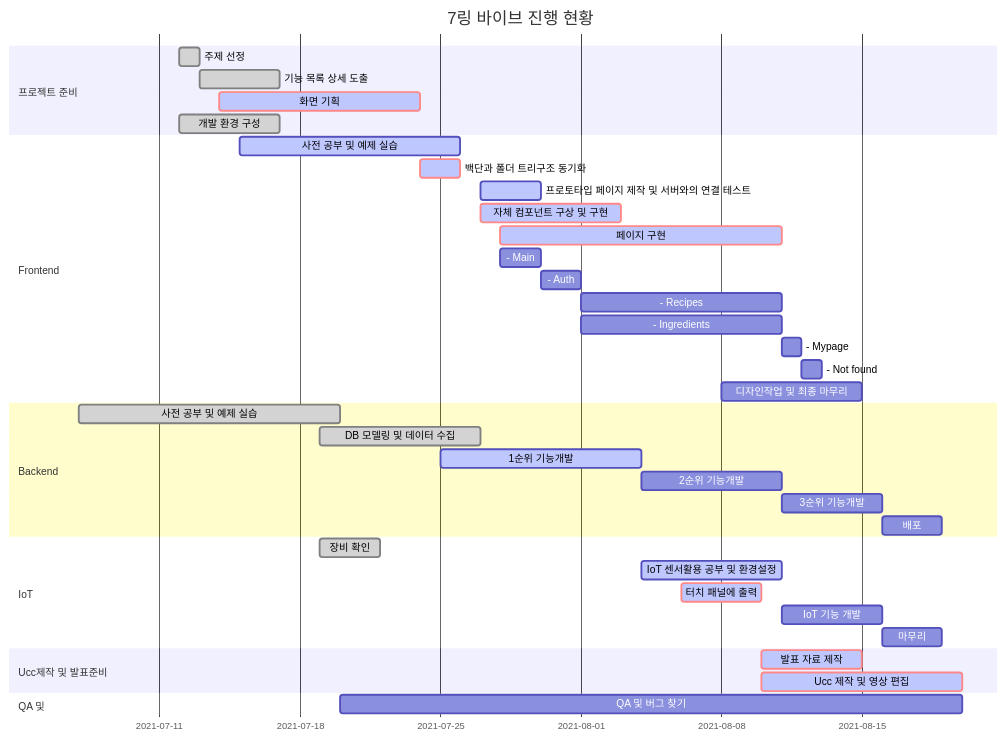
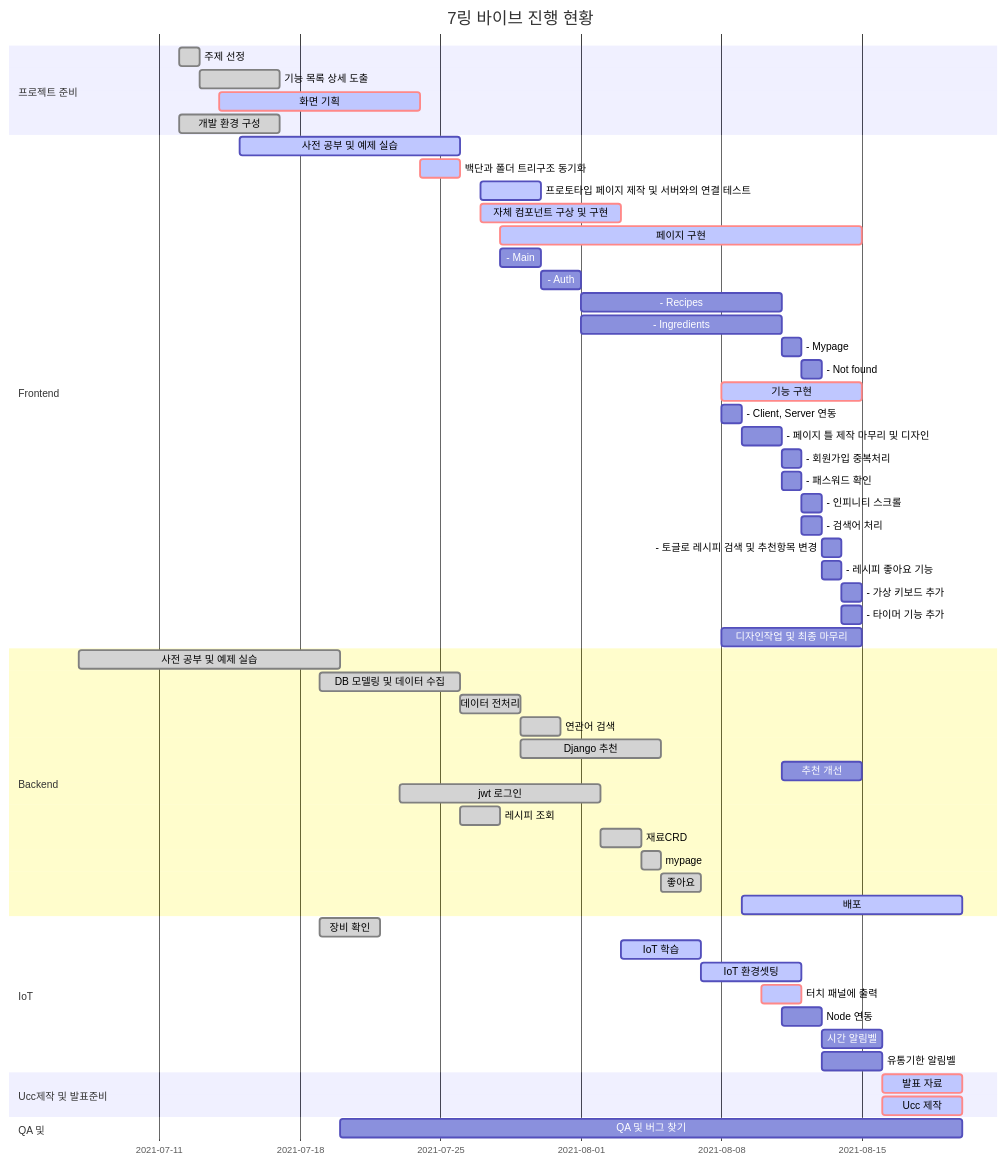
The diagram in README.md (JinJiyeon/iotHeyRefrigerator), drawn with Mermaid before and after one commit. The commit also changed 3 other files, not shown here.

````diff
--- a/README.md
+++ b/README.md
@@ -125,54 +125,76 @@
 ```mermaid
 gantt
     dateFormat  MM-DD
     title       7링 바이브 진행 현황
     %% excludes    weekends
     %% (`excludes` accepts specific dates in YYYY-MM-DD format, days of the week ("sunday") or "weekends", but not the word "weekdays".)
 
     section 프로젝트 준비
     주제 선정				  :done, 07-12, 1d
     기능 목록 상세 도출			:done, 07-13, 4d
     화면 기획				  :crit, active, 07-14, 10d
     개발 환경 구성             :done, 07-12, 5d
 	
 	section Frontend
     사전 공부 및 예제 실습 :active, 07-15, 11d    
     백단과 폴더 트리구조 동기화  :crit, active, 07-24, 2d
     프로토타입 페이지 제작 및 서버와의 연결 테스트 :active, 07-27, 3d
     자체 컴포넌트 구상 및 구현: crit, active, 07-27, 7d
-    페이지 구현	 :crit, active, front1, 07-28, 14d
+    페이지 구현	 :crit, active, front1, 07-28, 18d
     - Main : 07-28, 2d
     - Auth : 07-30, 2d
     - Recipes : 08-01, 10d
     - Ingredients : 08-01, 10d
     - Mypage : 08-11, 1d
     - Not found : 08-12, 1d
+    기능 구현	 :crit, active, front1, 08-08, 7d
+    - Client, Server 연동 : 08-08, 1d
+    - 페이지 틀 제작 마무리 및 디자인 : 08-09, 2d
+    - 회원가입 중복처리 : 08-11, 1d
+    - 패스워드 확인 : 08-11, 1d
+    - 인피니티  스크롤 : 08-12, 1d
+    - 검색어 처리 : 08-12, 1d
+    - 토글로 레시피 검색 및 추천항목 변경 : 08-13, 1d
+    - 레시피 좋아요 기능 : 08-13, 1d
+    - 가상 키보드 추가 : 08-14, 1d
+    - 타이머 기능 추가 : 08-14, 1d
     디자인작업 및 최종 마무리 : 08-08, 7d
+
     
     section Backend
     사전 공부 및 예제 실습 : done, 07-07, 13d
-    DB 모델링 및 데이터 수집 : done, 07-19, 8d
-    1순위 기능개발 : active, 07-25, 10d
-    2순위 기능개발: 08-04 , 7d
-    3순위 기능개발: 08-11, 5d
-    배포: 08-16, 3d
-    
+    DB 모델링 및 데이터 수집 : done, 07-19, 7d
+    데이터 전처리 : done, 07-26, 3d
+    연관어 검색 : done, 07-29, 2d
+    Django 추천 : done, 07-29, 7d
+    추천 개선 : 08-11, 4d
+
+    jwt 로그인 : done,07-23, 10d
+    레시피 조회 : done, 07-26, 2d
+    재료CRD : done, 08-02, 2d
+    mypage: done, 08-04 , 1d
+    좋아요 : done, 08-05, 2d
+
+    배포: active, 08-09, 11d
+
     section IoT
     장비 확인 :done, 07-19, 3d
-    IoT 센서활용 공부 및 환경설정 : active, 08-04, 7d 
-    터치 패널에 출력 :crit, active, smtp, 08-06, 4d
-    IoT 기능 개발 :after smtp, 08-11, 5d
-    마무리 : 08-16, 3d
+    IoT 학습 : active, 08-03, 4d
+    IoT 환경셋팅 : active, 08-07, 5d
+    터치 패널에 출력 :crit, active, smtp, 08-10, 2d
+    Node 연동 : 08-11, 2d
+    시간 알림벨 : 08-13, 3d
+    유통기한 알림벨 : 08-13, 3d
 
     section Ucc제작 및 발표준비
-    발표 자료 제작      :crit, active, rtc1, 08-10, 5d
-    Ucc 제작 및 영상 편집 :crit, active,08-10, 10d
+    발표 자료 :crit, active, rtc1, 08-16, 4d
+    Ucc 제작 :crit, active,08-16, 4d
    
 
     section QA 및 
     QA 및 버그 찾기               :07-20, 31d
     
     %%section 기타
     %%UCC제작 :11-23, 3d
     %%발표준비 :11-26, 2d
 ```
````
